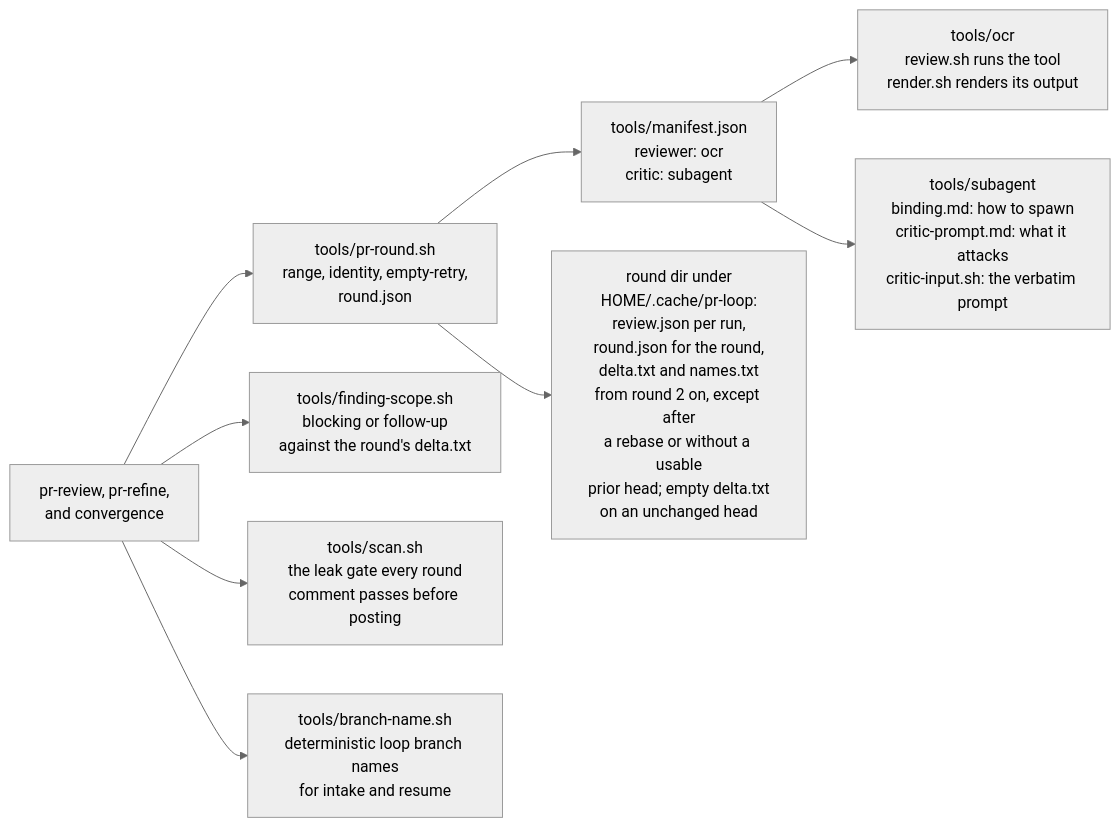
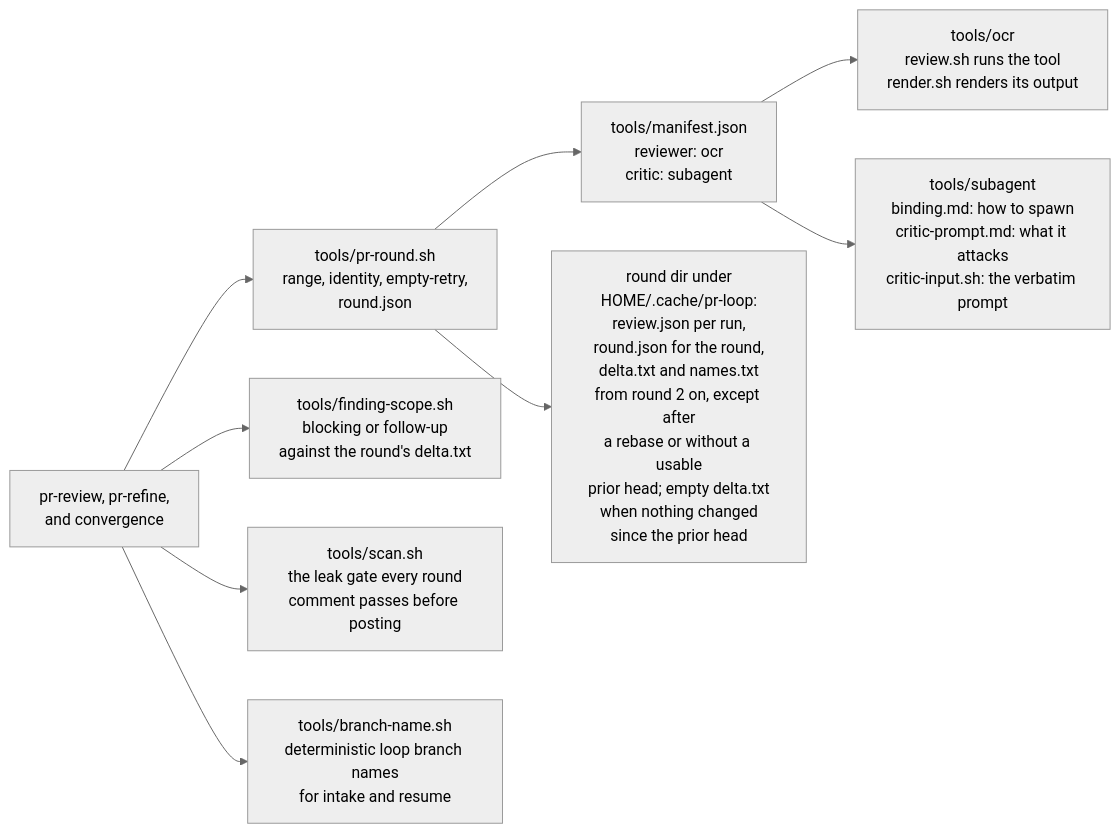
One commit to ryankanno/dotfiles changed the second of 2 diagrams in dot_claude/skills/issue-to-pr/flow.md. Above: the diagram before and after it, drawn with Mermaid (neutral theme). The commit also changed 1 other file, not shown here.

Commit message:
docs(claude): say an empty delta.txt means no change, not the same head
Review round 3 on PR #42 found the wording imprecise: an empty commit,
or a commit and its revert, moves the head and still leaves delta.txt
empty. flow.md and the pr-round.sh header now say delta.txt is empty
when nothing changed since the prior head.

Claude-Session: https://claude.ai/code/session_01MhPLxv51FfhsuWHY2W8QLA

````diff
--- a/dot_claude/skills/issue-to-pr/flow.md
+++ b/dot_claude/skills/issue-to-pr/flow.md
@@ -79,11 +79,11 @@
 ```mermaid
 flowchart LR
     S["pr-review, pr-refine,<br/>and convergence"] --> P["tools/pr-round.sh<br/>range, identity, empty-retry,<br/>round.json"]
     P --> M["tools/manifest.json<br/>reviewer: ocr<br/>critic: subagent"]
     S --> FS["tools/finding-scope.sh<br/>blocking or follow-up<br/>against the round's delta.txt"]
     M --> R["tools/ocr<br/>review.sh runs the tool<br/>render.sh renders its output"]
     M --> C["tools/subagent<br/>binding.md: how to spawn<br/>critic-prompt.md: what it attacks<br/>critic-input.sh: the verbatim prompt"]
-    P --> O["round dir under<br/>HOME/.cache/pr-loop:<br/>review.json per run,<br/>round.json for the round,<br/>delta.txt and names.txt<br/>from round 2 on, except after<br/>a rebase or without a usable<br/>prior head; empty delta.txt<br/>on an unchanged head"]
+    P --> O["round dir under<br/>HOME/.cache/pr-loop:<br/>review.json per run,<br/>round.json for the round,<br/>delta.txt and names.txt<br/>from round 2 on, except after<br/>a rebase or without a usable<br/>prior head; empty delta.txt<br/>when nothing changed<br/>since the prior head"]
     S --> SC["tools/scan.sh<br/>the leak gate every round<br/>comment passes before posting"]
     S --> BN["tools/branch-name.sh<br/>deterministic loop branch names<br/>for intake and resume"]
 ```
````
